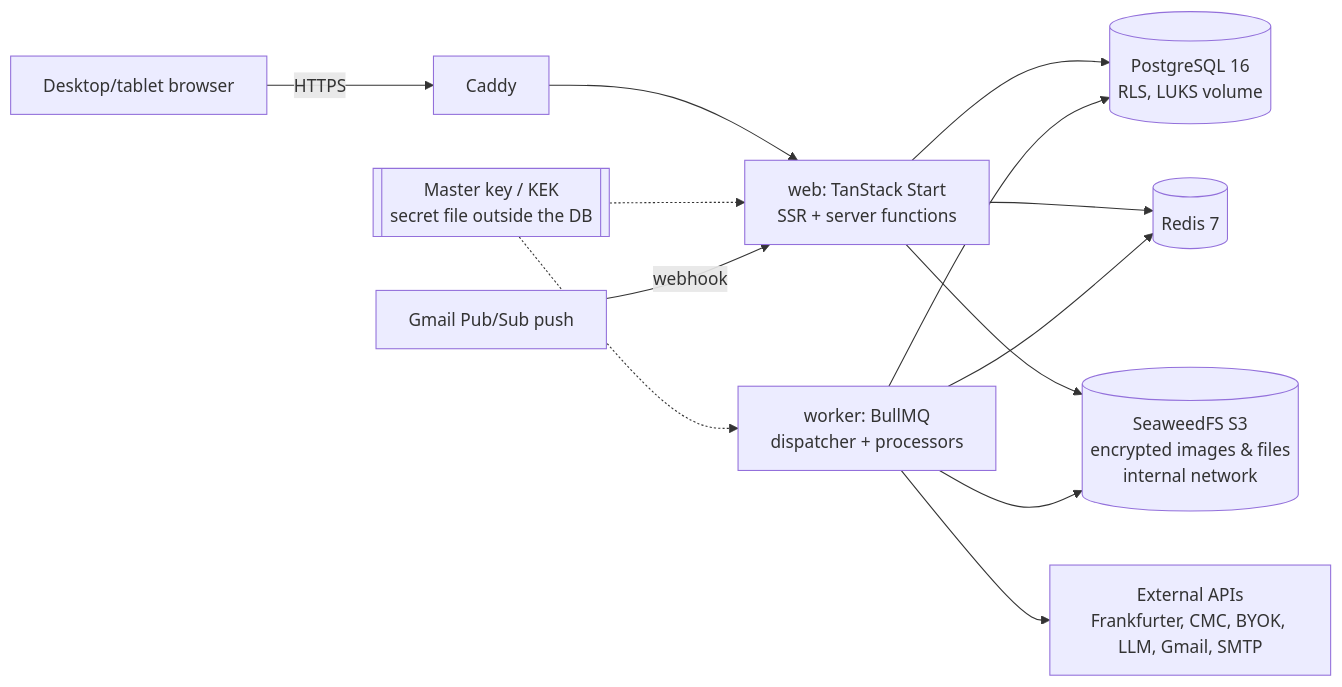
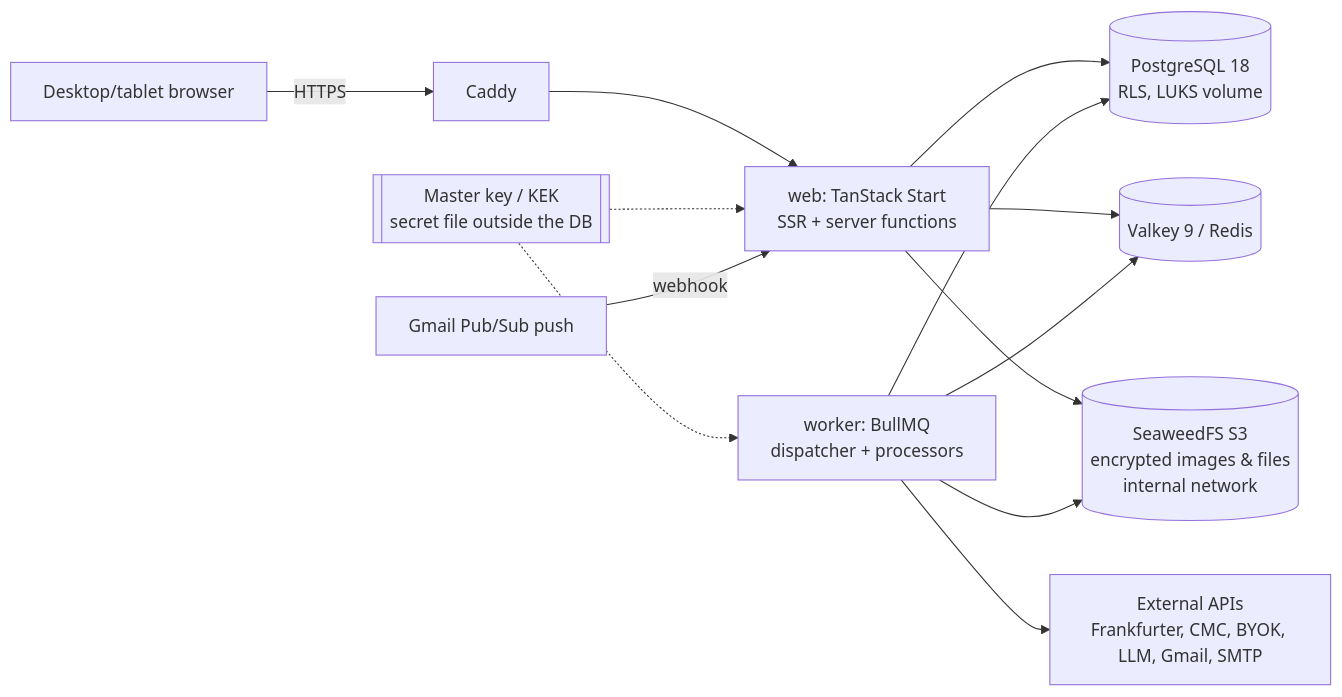
Before and after one commit to avtara/write.financial: the first of 2 diagrams in docs/IMPLEMENTATION_PLAN.md, drawn with Mermaid. The commit also changed other lines of this file and 2 other files, not shown here.

First line of the commit message:
docs: pin verified stack versions (Node 24, pnpm 12, TS 6, Vite 8, PG 18, Valkey 9)

````diff
--- a/docs/IMPLEMENTATION_PLAN.md
+++ b/docs/IMPLEMENTATION_PLAN.md
@@ -11,15 +11,15 @@
 ```mermaid
 flowchart LR
   B[Desktop/tablet browser] -->|HTTPS| C[Caddy]
   C --> W[web: TanStack Start<br/>SSR + server functions]
-  W --> PG[(PostgreSQL 16<br/>RLS, LUKS volume)]
-  W --> R[(Redis 7)]
+  W --> PG[(PostgreSQL 18<br/>RLS, LUKS volume)]
+  W --> R[(Valkey 9 / Redis)]
   K[worker: BullMQ<br/>dispatcher + processors] --> R
   K --> PG
   K --> X[External APIs<br/>Frankfurter, CMC, BYOK, LLM, Gmail, SMTP]
   W --> S[(SeaweedFS S3<br/>encrypted images & files<br/>internal network)]
   K --> S
   KMS[[Master key / KEK<br/>secret file outside the DB]] -.-> W
   KMS -.-> K
   G[Gmail Pub/Sub push] -->|webhook| W
 ```
````
